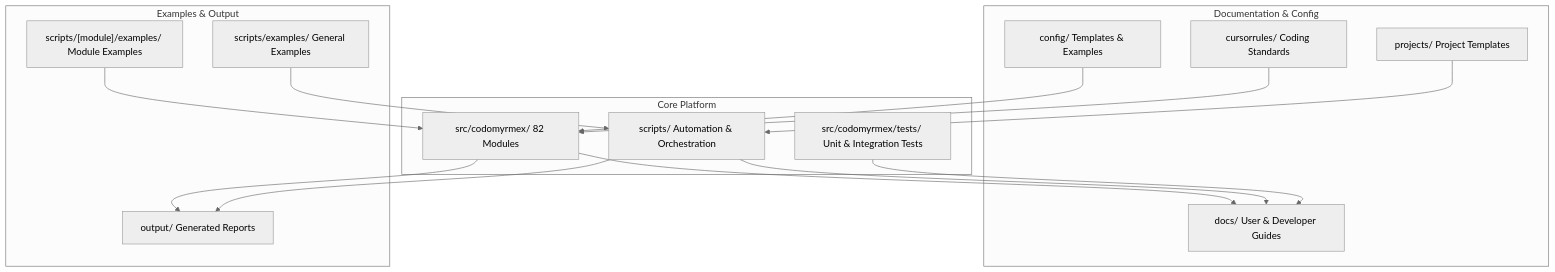
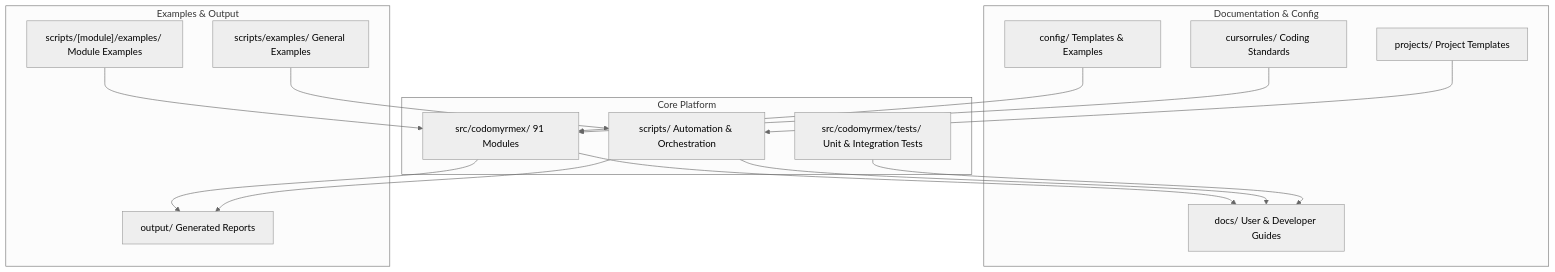
The seventh of 12 diagrams in README.md (docxology/codomyrmex), drawn with Mermaid (neutral theme) before and after one commit. The commit also changed other lines of this file and 680 other files, not shown here.

````diff
--- a/README.md
+++ b/README.md
@@ -1030,32 +1030,32 @@
 ```mermaid
 graph TD
     subgraph corePlatform ["Core Platform"]
-        CoreSrc["src/codomyrmex/ 82 Modules"]
+        CoreSrc["src/codomyrmex/ 91 Modules"]
         CoreScripts["scripts/ Automation & Orchestration"]
         CoreTests["src/codomyrmex/tests/ Unit & Integration Tests"]
     end
 
     subgraph docsConfig ["Documentation & Config"]
         Docs["docs/ User & Developer Guides"]
         Config["config/ Templates & Examples"]
         Rules["cursorrules/ Coding Standards"]
         Projects["projects/ Project Templates"]
     end
 
     subgraph examplesOutput ["Examples & Output"]
         ModuleExamples["scripts/[module]/examples/ Module Examples"]
         Output["output/ Generated Reports"]
         ScriptsExamples["scripts/examples/ General Examples"]
     end
 
     CoreSrc --> Docs
     CoreScripts --> Docs
     CoreTests --> Docs
     Config --> CoreSrc
     Rules --> CoreSrc
     Projects --> CoreScripts
     ModuleExamples --> CoreSrc
     ScriptsExamples --> CoreScripts
     CoreSrc --> Output
     CoreScripts --> Output
 ```
````
